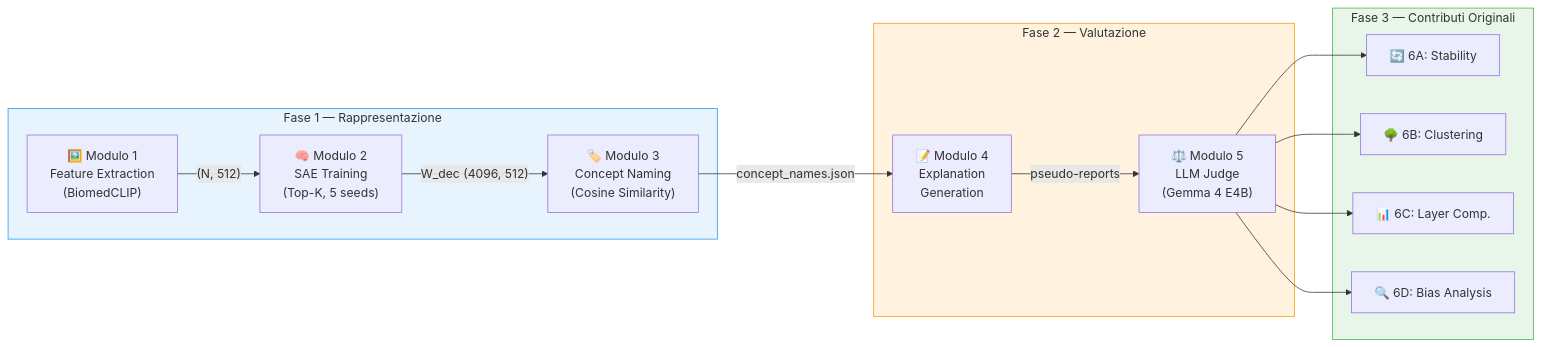
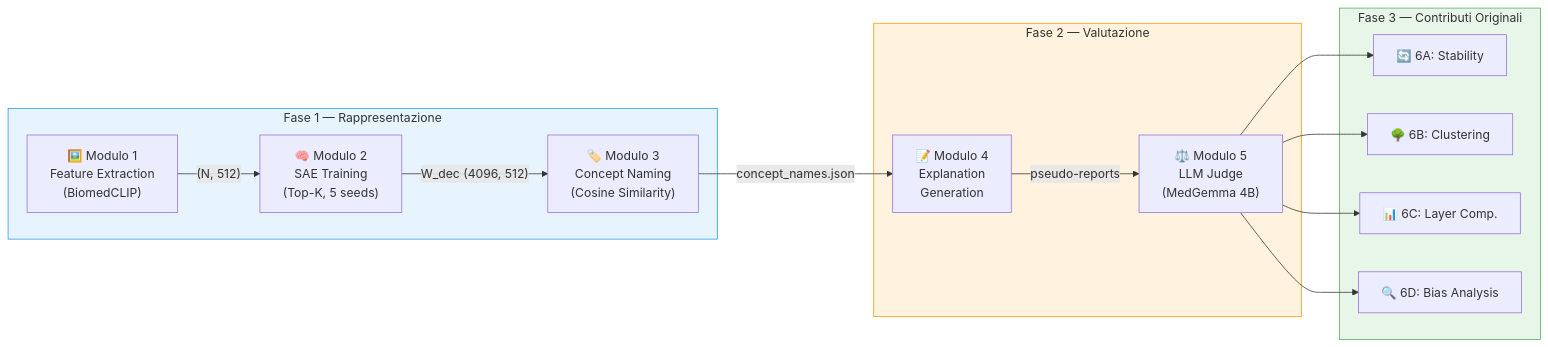
The third of 6 diagrams in docs/implementation.md (LookUpMark/xai-project-5), drawn with Mermaid before and after one commit. The commit also changed other lines of this file and 1 other file, not shown here.

Commit message:
Update implementation and requirements documentation for MedGemma 4B integration

````diff
--- a/docs/implementation.md
+++ b/docs/implementation.md
@@ -350,30 +390,30 @@
 ```mermaid
 flowchart LR
     subgraph Fase1["Fase 1 — Rappresentazione"]
         M1["🖼️ Modulo 1\nFeature Extraction\n(BiomedCLIP)"]
         M2["🧠 Modulo 2\nSAE Training\n(Top-K, 5 seeds)"]
         M3["🏷️ Modulo 3\nConcept Naming\n(Cosine Similarity)"]
     end
 
     subgraph Fase2["Fase 2 — Valutazione"]
         M4["📝 Modulo 4\nExplanation\nGeneration"]
-        M5["⚖️ Modulo 5\nLLM Judge\n(Gemma 4 E4B)"]
+        M5["⚖️ Modulo 5\nLLM Judge\n(MedGemma 4B)"]
     end
 
     subgraph Fase3["Fase 3 — Contributi Originali"]
         M6A["🔄 6A: Stability"]
         M6B["🌳 6B: Clustering"]
         M6C["📊 6C: Layer Comp."]
         M6D["🔍 6D: Bias Analysis"]
     end
 
     M1 -->|"(N, 512)"| M2
     M2 -->|"W_dec (4096, 512)"| M3
     M3 -->|"concept_names.json"| M4
     M4 -->|"pseudo-reports"| M5
     M5 --> M6A & M6B & M6C & M6D
 
     style Fase1 fill:#e8f4fd,stroke:#2196F3
     style Fase2 fill:#fff3e0,stroke:#FF9800
     style Fase3 fill:#e8f5e9,stroke:#4CAF50
 ```
````
